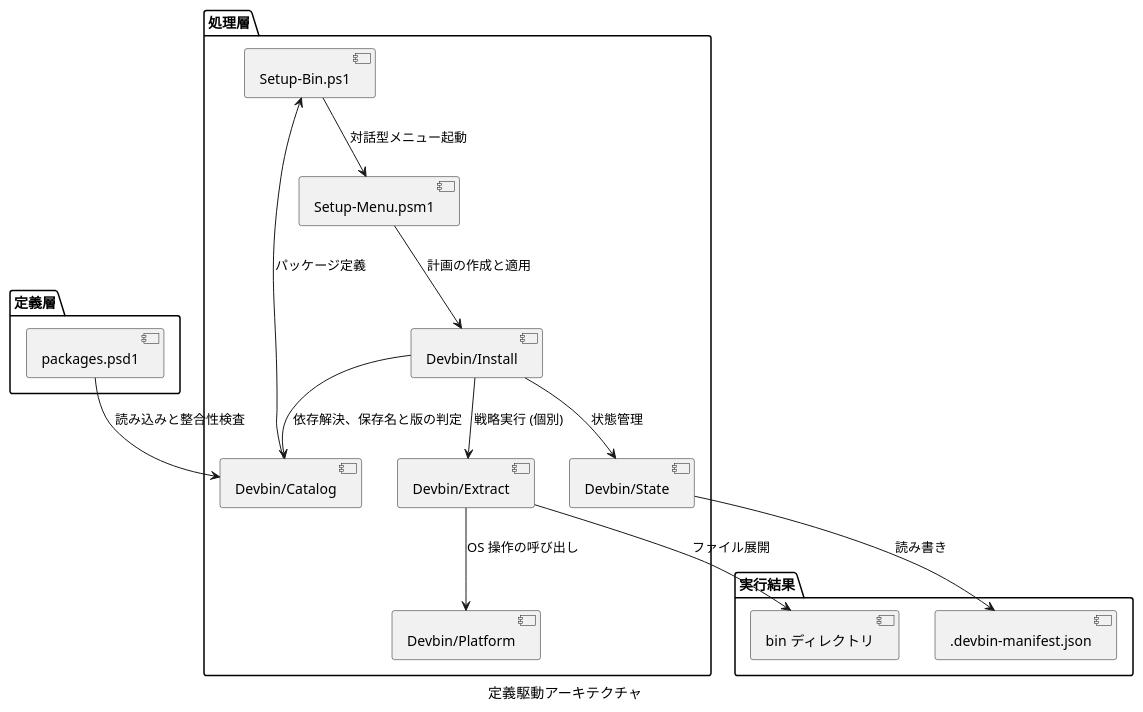
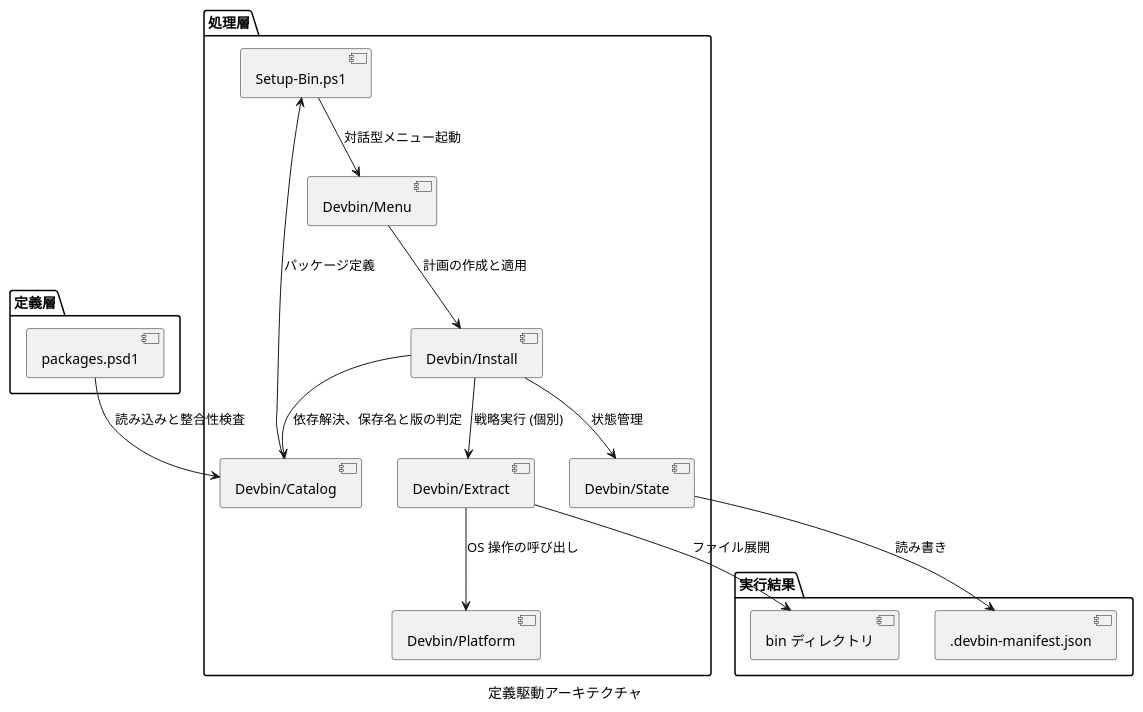
Before and after one commit to Hondarer/devbin-win: the first of 2 diagrams in docs/setup-bin-design.md, drawn with PlantUML. The commit also changed other lines of this file and 11 other files, not shown here.

First line of the commit message:
refactor: split the interactive menu into Devbin/Menu

````diff
--- a/docs/setup-bin-design.md
+++ b/docs/setup-bin-design.md
@@ -35,34 +35,34 @@
 ```plantuml
 @startuml 定義駆動アーキテクチャ
 caption 定義駆動アーキテクチャ
 package "定義層" {
   [packages.psd1] as config
 }
 
 package "処理層" {
   [Setup-Bin.ps1] as main
   [Devbin/Extract] as strategies
   [Devbin/Platform] as platform
   [Devbin/Catalog] as catalog
   [Devbin/State] as state
   [Devbin/Install] as plan
-  [Setup-Menu.psm1] as menu
+  [Devbin/Menu] as menu
 }
 
 package "実行結果" {
   [bin ディレクトリ] as bin
   [.devbin-manifest.json] as mfile
 }
 
 config --> catalog : 読み込みと整合性検査
 catalog --> main : パッケージ定義
 main --> menu : 対話型メニュー起動
 menu --> plan : 計画の作成と適用
 plan --> catalog : 依存解決、保存名と版の判定
 plan --> strategies : 戦略実行 (個別)
 plan --> state : 状態管理
 strategies --> platform : OS 操作の呼び出し
 strategies --> bin : ファイル展開
 state --> mfile : 読み書き
 @enduml
 ```
````
